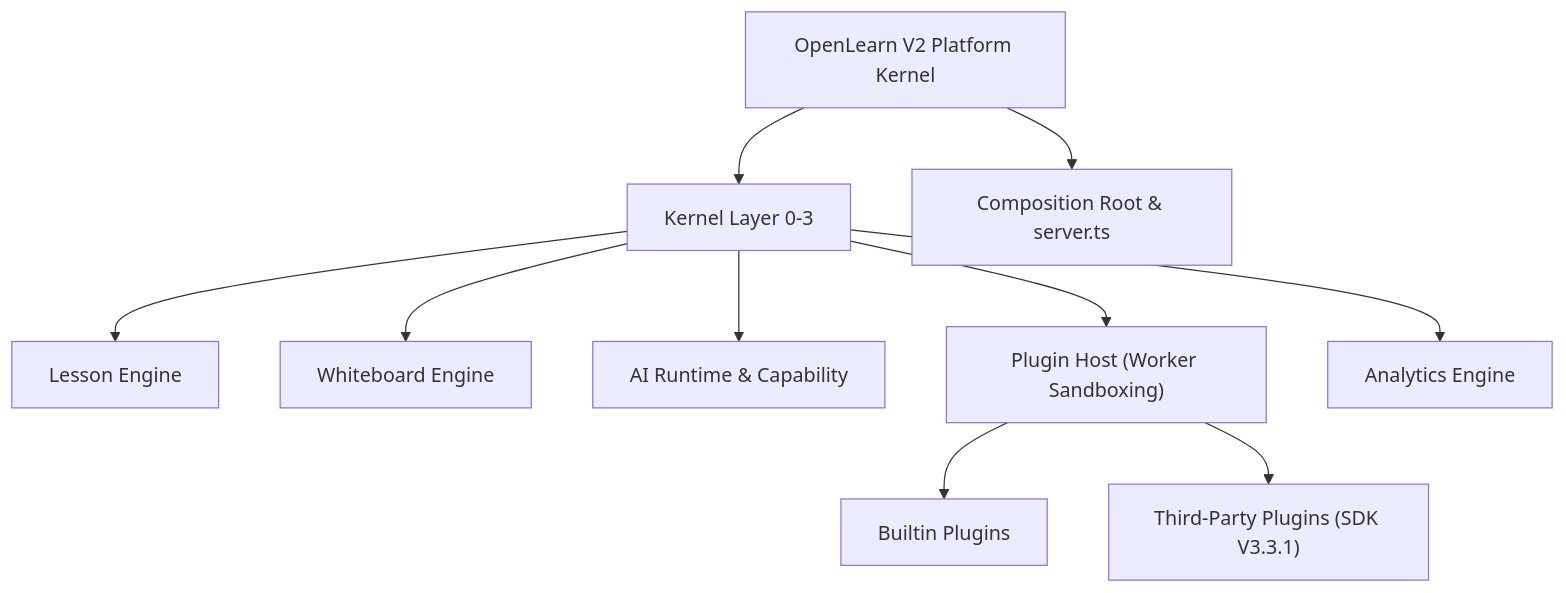
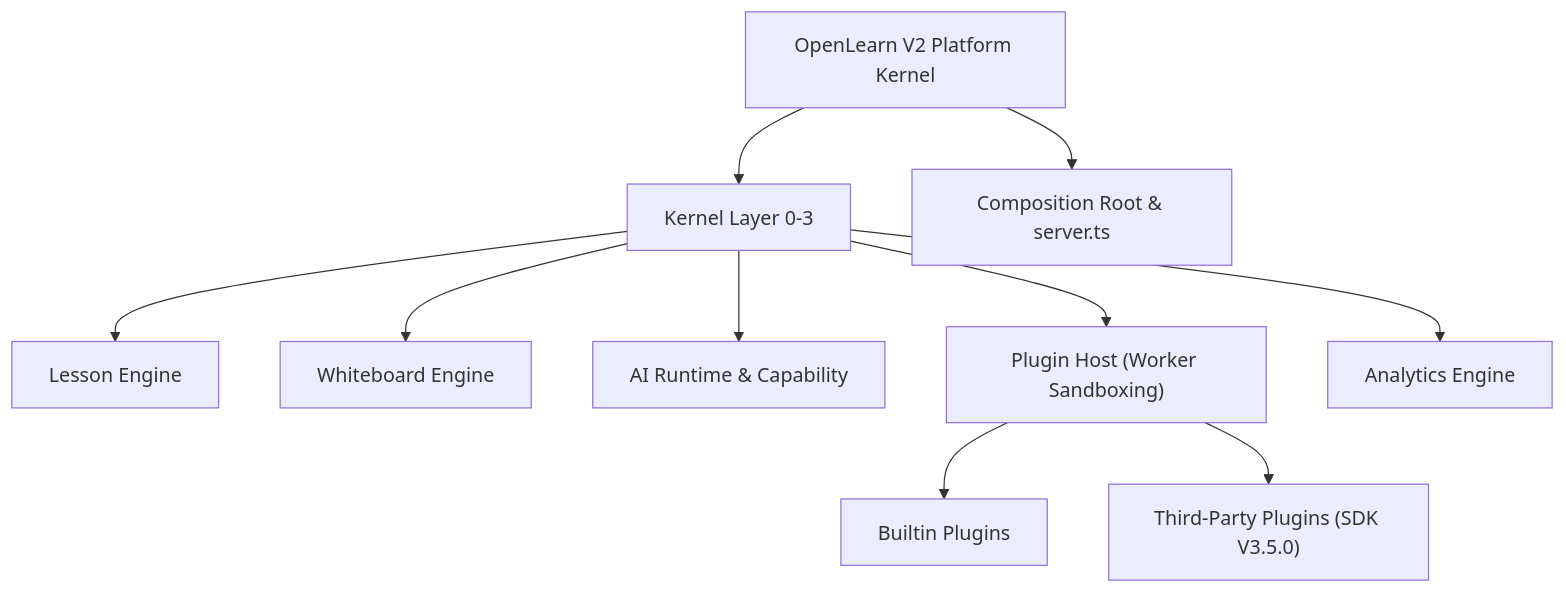
One commit to aymwoo/OpenLearn-Next-V2 changed the diagram in docs/getting-started/overview.md. Above: the diagram before and after it, drawn with Mermaid. The commit also changed other lines of this file and 23 other files, not shown here.

````diff
--- a/docs/getting-started/overview.md
+++ b/docs/getting-started/overview.md
@@ -59,14 +59,14 @@
 ```mermaid
 graph TD
     A["OpenLearn V2 Platform Kernel"] --> B["Kernel Layer 0-3"]
     A --> C["Composition Root & server.ts"]
     
     B --> D["Lesson Engine"]
     B --> E["Whiteboard Engine"]
     B --> F["AI Runtime & Capability"]
     B --> G["Plugin Host (Worker Sandboxing)"]
     B --> H["Analytics Engine"]
     
     G --> I["Builtin Plugins"]
-    G --> J["Third-Party Plugins (SDK V3.3.1)"]
+    G --> J["Third-Party Plugins (SDK V3.5.0)"]
 ```
````
